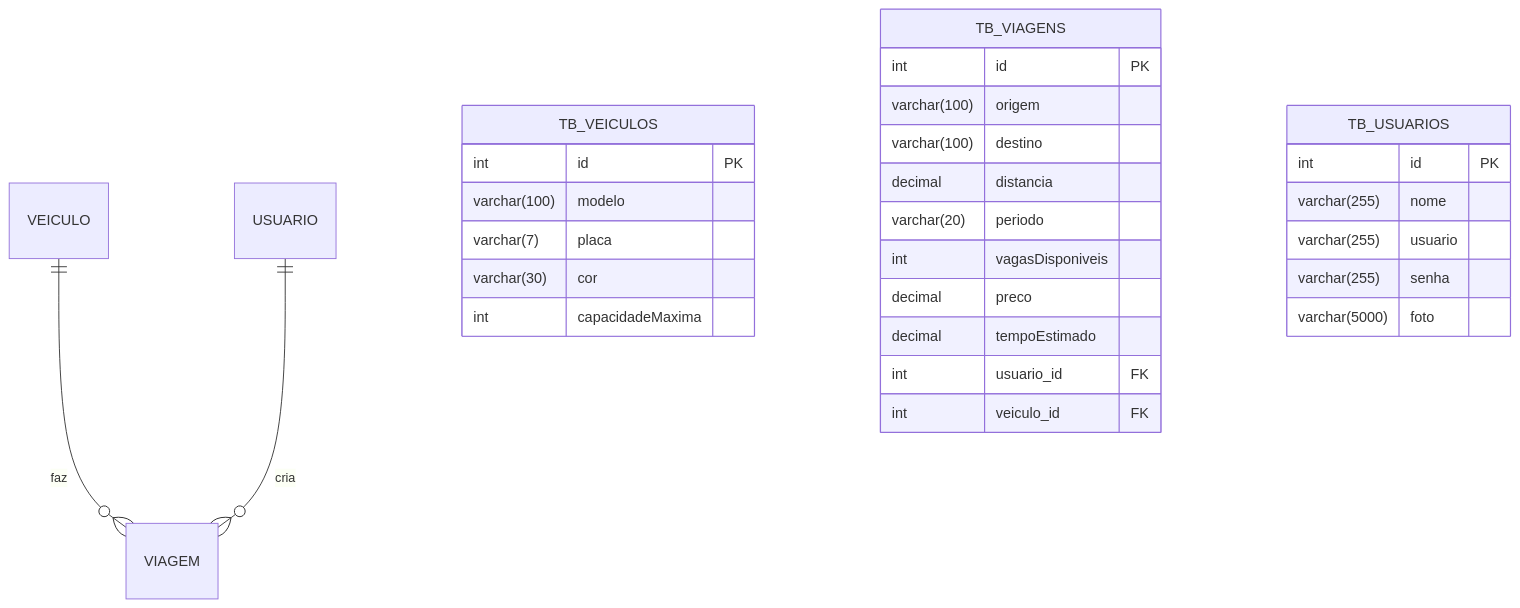
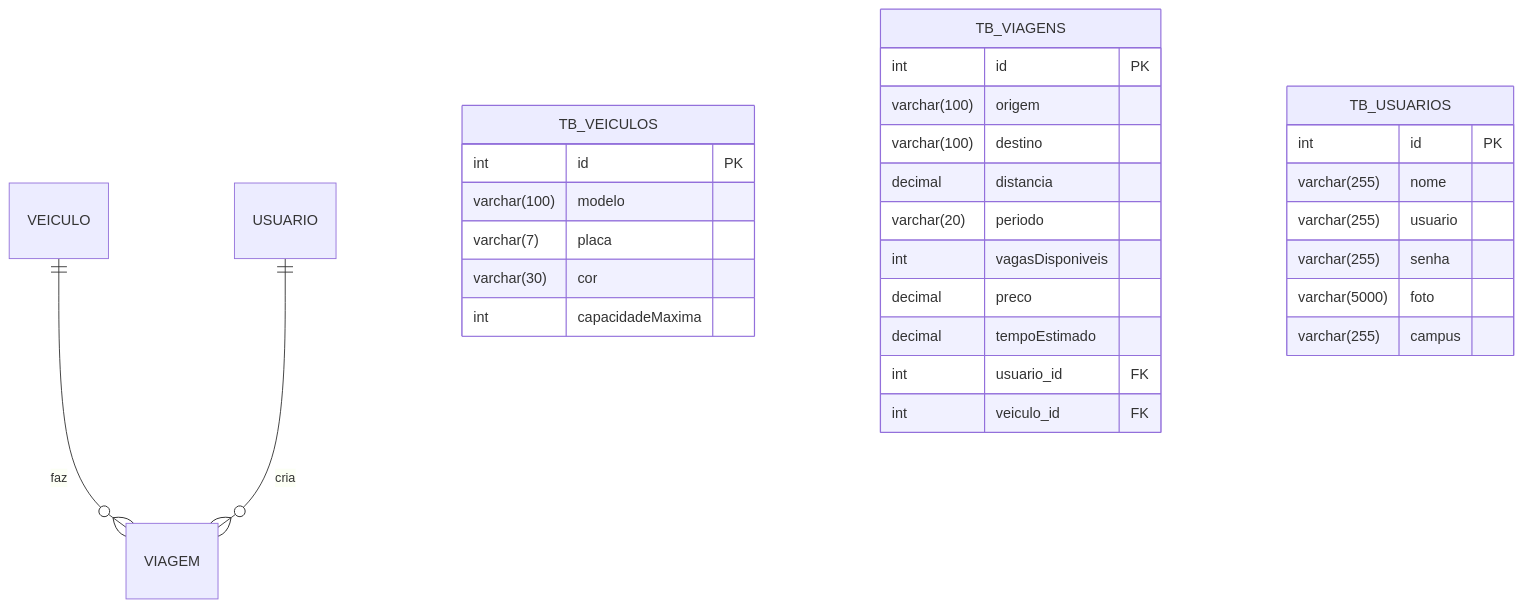
One commit to grupo6-js13/corridacompartilhada_backend changed the second of 2 diagrams in README.md. Above: the diagram before and after it, drawn with Mermaid. The commit also changed 3 other files, not shown here.

````diff
--- a/README.md
+++ b/README.md
@@ -121,35 +121,36 @@
 ```mermaid
 erDiagram
 
 VEICULO ||--o{ VIAGEM : faz
 USUARIO ||--o{ VIAGEM: cria
 
 TB_VEICULOS {
 int id PK
 varchar(100) modelo
 varchar(7) placa
 varchar(30) cor
 int capacidadeMaxima
 }
 
 TB_VIAGENS {
 int id PK
 varchar(100) origem
 varchar(100) destino
 decimal distancia
 varchar(20) periodo
 int vagasDisponiveis
 decimal preco
 decimal tempoEstimado
 int usuario_id FK
 int veiculo_id FK
 }
 
 TB_USUARIOS {
 int id PK
 varchar(255) nome
 varchar(255) usuario
 varchar(255) senha
 varchar(5000) foto
+varchar(255) campus
 }
 ```
````
